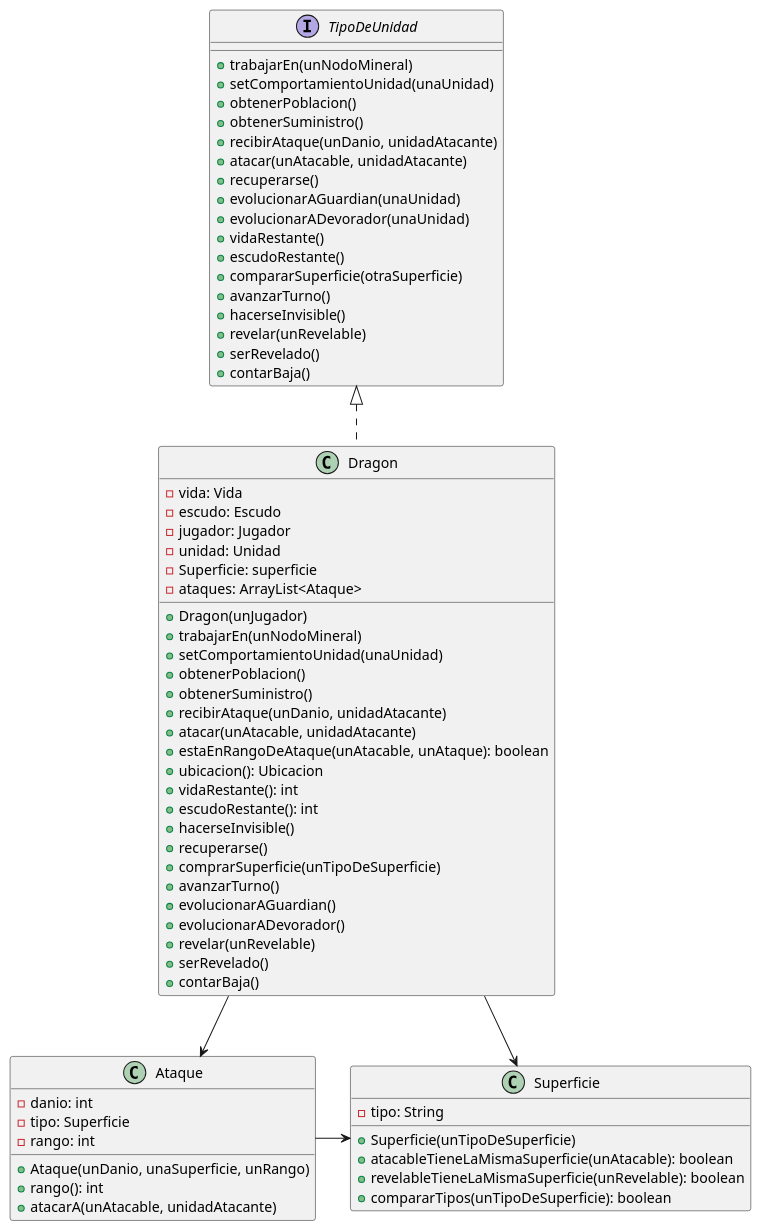
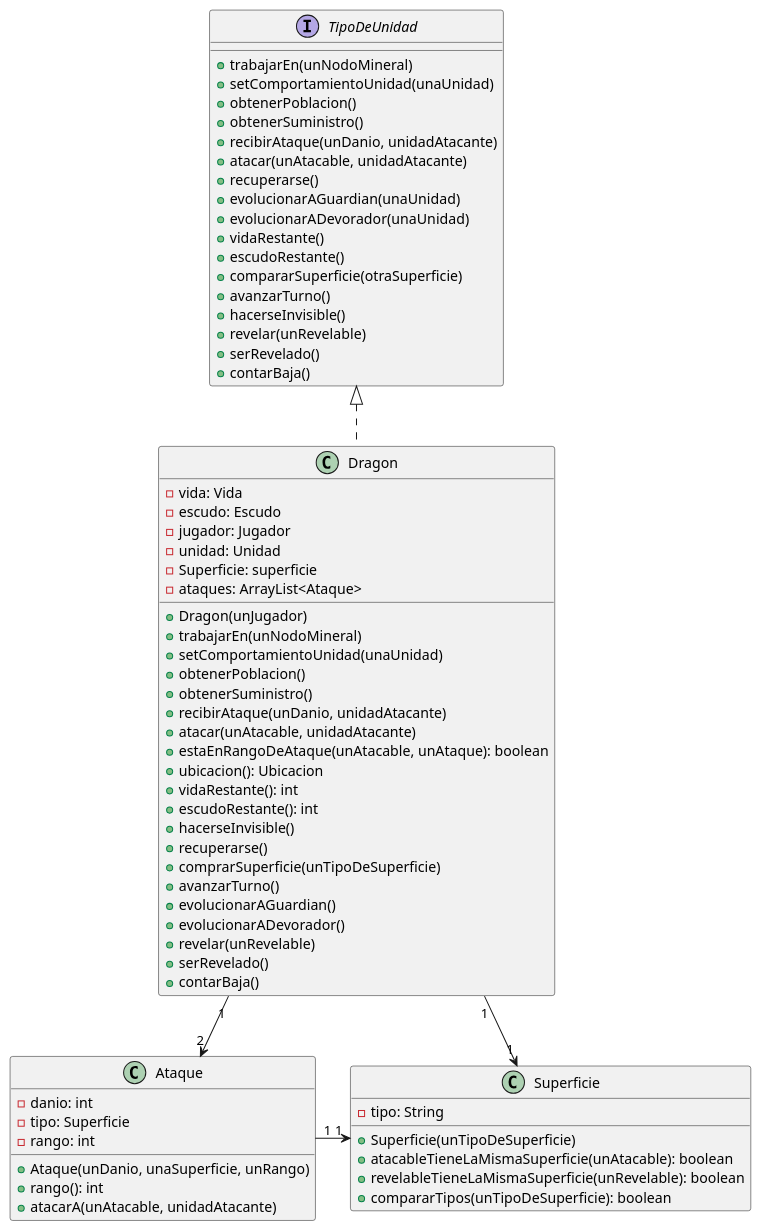
One commit to joeldevel/algo3_tp_2 changed the diagram in diagrams/classes/Diagramas definitivos/TipoDeUnidadProtoss.puml. Above: the diagram before and after it, drawn with PlantUML. The commit also changed 6 other files, not shown here.

Commit message:
Diagramas

```diff
--- a/diagrams/classes/Diagramas definitivos/TipoDeUnidadProtoss.puml
+++ b/diagrams/classes/Diagramas definitivos/TipoDeUnidadProtoss.puml
@@ -1,74 +1,74 @@
 @startuml
 
 interface TipoDeUnidad {
     +trabajarEn(unNodoMineral)
     +setComportamientoUnidad(unaUnidad)
     +obtenerPoblacion()
     +obtenerSuministro()
     +recibirAtaque(unDanio, unidadAtacante)
     +atacar(unAtacable, unidadAtacante)
     +recuperarse()
     +evolucionarAGuardian(unaUnidad)
     +evolucionarADevorador(unaUnidad)
     +vidaRestante()
     +escudoRestante()
     +compararSuperficie(otraSuperficie)
     +avanzarTurno()
     +hacerseInvisible()
     +revelar(unRevelable)
     +serRevelado()
     +contarBaja()
 }
 
 class Dragon {
     -vida: Vida
     -escudo: Escudo
     -jugador: Jugador
     -unidad: Unidad
     -Superficie: superficie
     -ataques: ArrayList<Ataque>
     +Dragon(unJugador)
     +trabajarEn(unNodoMineral)
     +setComportamientoUnidad(unaUnidad)
     +obtenerPoblacion()
     +obtenerSuministro()
     +recibirAtaque(unDanio, unidadAtacante)
     +atacar(unAtacable, unidadAtacante)
     +estaEnRangoDeAtaque(unAtacable, unAtaque): boolean
     +ubicacion(): Ubicacion
     +vidaRestante(): int
     +escudoRestante(): int
     +hacerseInvisible()
     +recuperarse()
     +comprarSuperficie(unTipoDeSuperficie)
     +avanzarTurno()
     +evolucionarAGuardian()
     +evolucionarADevorador()
     +revelar(unRevelable)
     +serRevelado()
     +contarBaja()
 }
 
 class Superficie {
     -tipo: String
     +Superficie(unTipoDeSuperficie)
     +atacableTieneLaMismaSuperficie(unAtacable): boolean
     +revelableTieneLaMismaSuperficie(unRevelable): boolean
     +compararTipos(unTipoDeSuperficie): boolean
 }
 
 class Ataque{
     -danio: int
     -tipo: Superficie
     -rango: int
     +Ataque(unDanio, unaSuperficie, unRango)
     +rango(): int
     +atacarA(unAtacable, unidadAtacante)
 }
 
 Dragon ..up|> TipoDeUnidad
-Dragon -down-> Ataque
-Dragon -down> Superficie
-Ataque -down> Superficie
+Dragon "1" -down-> "2" Ataque
+Dragon "1" -down> "1" Superficie
+Ataque "1" -down> "1" Superficie
 
 @enduml
```
